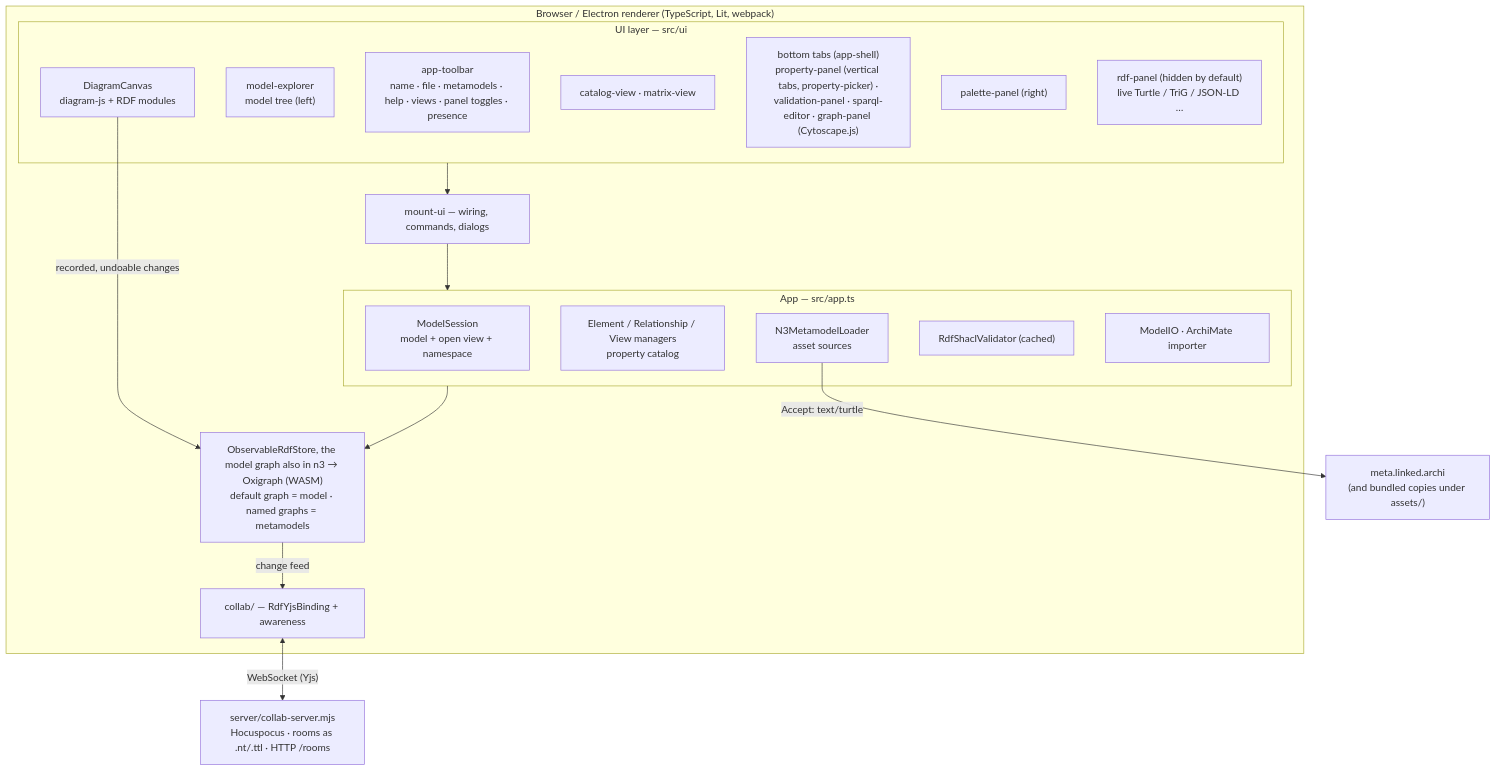
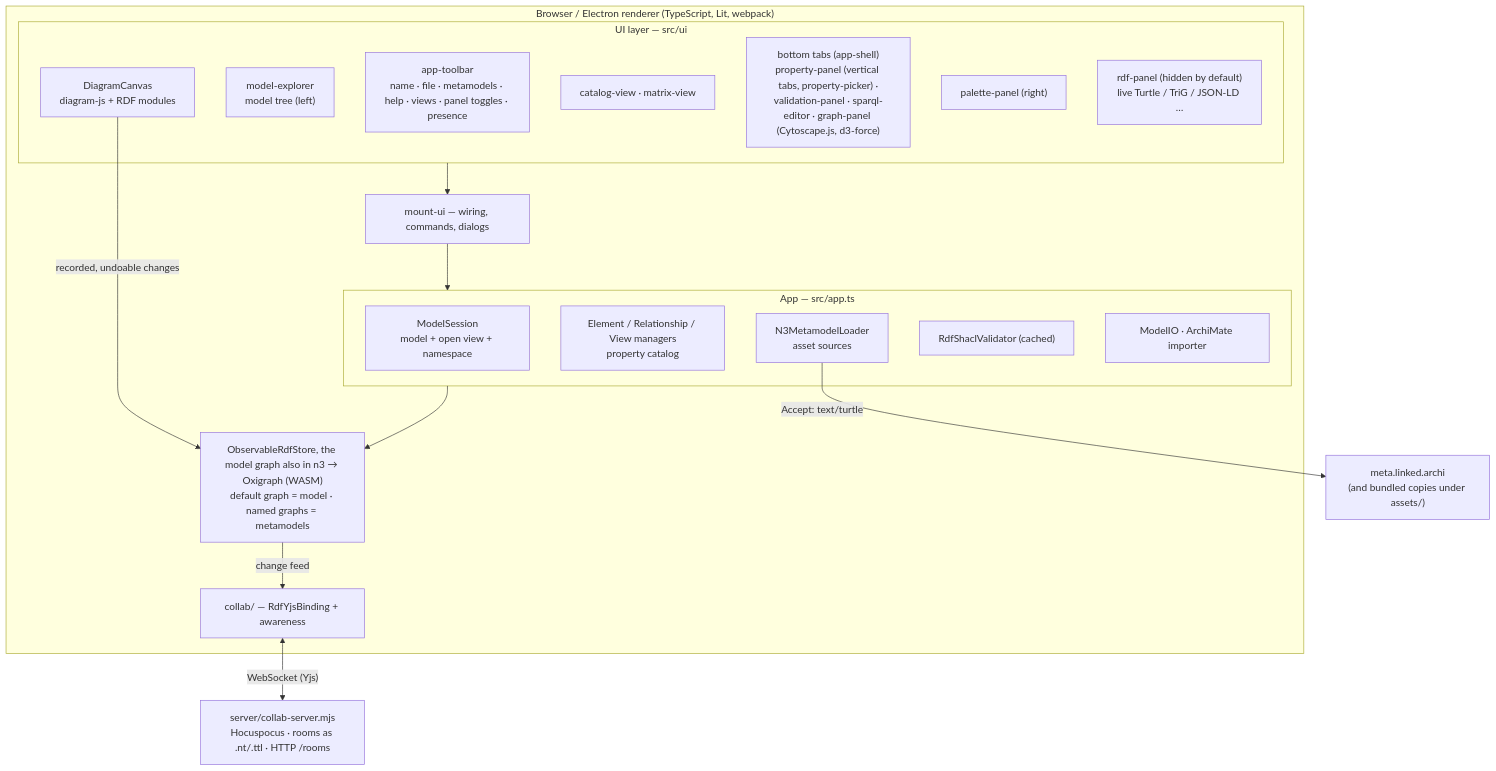
One commit to linked-archi/la-gram changed the first of 2 diagrams in .agents/specs/la-gram/design.md. Above: the diagram before and after it, drawn with Mermaid. The commit also changed other lines of this file and 25 other files, not shown here.

Commit message:
refine force graph

````diff
--- a/.agents/specs/la-gram/design.md
+++ b/.agents/specs/la-gram/design.md
@@ -19,32 +19,32 @@
 ```mermaid
 graph TB
     subgraph Browser["Browser / Electron renderer (TypeScript, Lit, webpack)"]
         subgraph UI["UI layer — src/ui"]
             Toolbar["app-toolbar<br/>name · file · metamodels · help · views · panel toggles · presence"]
             Tree["model-explorer<br/>model tree (left)"]
             Canvas["DiagramCanvas<br/>diagram-js + RDF modules"]
             Alt["catalog-view · matrix-view"]
-            Bottom["bottom tabs (app-shell)<br/>property-panel (vertical tabs, property-picker) ·<br/>validation-panel · sparql-editor · graph-panel (Cytoscape.js)"]
+            Bottom["bottom tabs (app-shell)<br/>property-panel (vertical tabs, property-picker) ·<br/>validation-panel · sparql-editor · graph-panel (Cytoscape.js, d3-force)"]
             Palette["palette-panel (right)"]
             Rdf["rdf-panel (hidden by default)<br/>live Turtle / TriG / JSON-LD …"]
         end
         Mount["mount-ui — wiring, commands, dialogs"]
         subgraph Core["App — src/app.ts"]
             Session["ModelSession<br/>model + open view + namespace"]
             Managers["Element / Relationship / View managers<br/>property catalog"]
             MM["N3MetamodelLoader<br/>asset sources"]
             Val["RdfShaclValidator (cached)"]
             IO["ModelIO · ArchiMate importer"]
         end
         Store["ObservableRdfStore, the model graph also in n3 → Oxigraph (WASM)<br/>default graph = model · named graphs = metamodels"]
         Collab["collab/ — RdfYjsBinding + awareness"]
     end
     Server["server/collab-server.mjs<br/>Hocuspocus · rooms as .nt/.ttl · HTTP /rooms"]
     Meta["meta.linked.archi<br/>(and bundled copies under assets/)"]
 
     UI --> Mount --> Core --> Store
     Canvas -- "recorded, undoable changes" --> Store
     Store -- "change feed" --> Collab
     Collab <-- "WebSocket (Yjs)" --> Server
     MM -- "Accept: text/turtle" --> Meta
 ```
````
